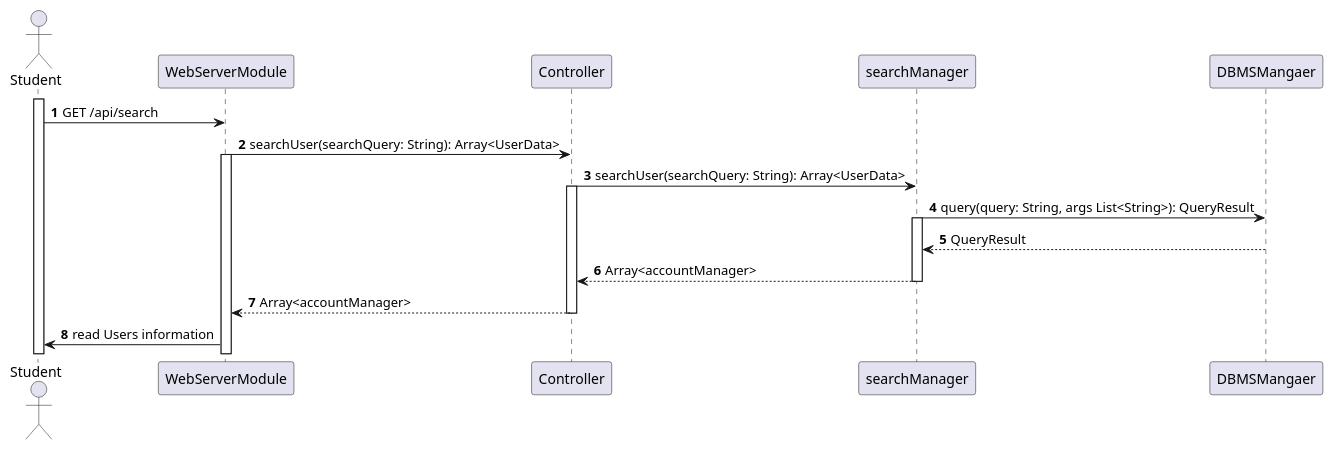
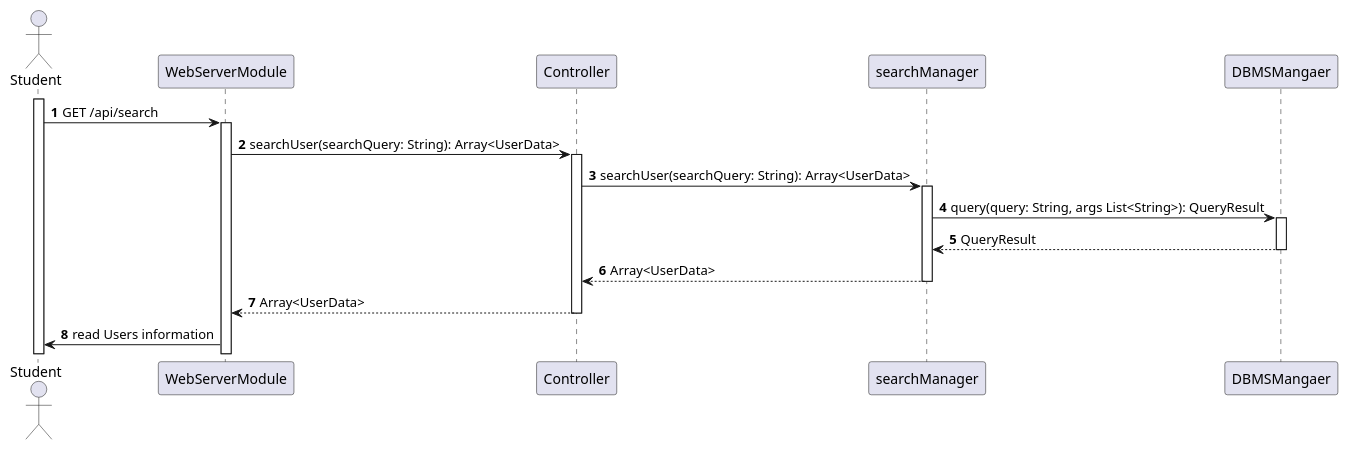
Before and after one commit to Angelo7672/SE2_Requirement-and-Design-Document: the diagram in _DD/Images/sequenceDiagrams/userSearchesForUsers.wsd, drawn with PlantUML. The commit also changed 8 other files, not shown here.

```diff
--- a/_DD/Images/sequenceDiagrams/userSearchesForUsers.wsd
+++ b/_DD/Images/sequenceDiagrams/userSearchesForUsers.wsd
@@ -1,28 +1,30 @@
 @startuml
 
 autonumber
 actor Student as U
 participant searchManager as SM
 participant WebServerModule as WS
 participant Controller as C
 participant searchMangaer as SM
 participant DBMSMangaer as DBMS
 
 activate U
 U->WS: GET /api/search
+activate WS
 WS->C: searchUser(searchQuery: String): Array<UserData>
-activate WS 
+activate C 
 C->SM: searchUser(searchQuery: String): Array<UserData>
-activate C
+activate SM
 SM->DBMS: query(query: String, args List<String>): QueryResult
-activate SM
+activate DBMS
 DBMS-->SM: QueryResult
-SM-->C: Array<accountManager>
+deactivate DBMS
+SM-->C: Array<UserData>
 deactivate SM
-C-->WS:Array<accountManager>
+C-->WS:Array<UserData>
 deactivate C
 WS->U: read Users information
 
 
 
 @enduml
```
